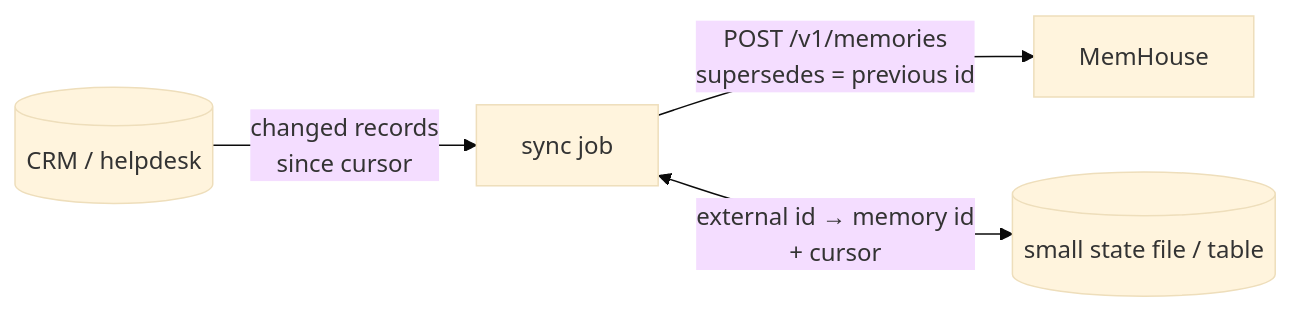
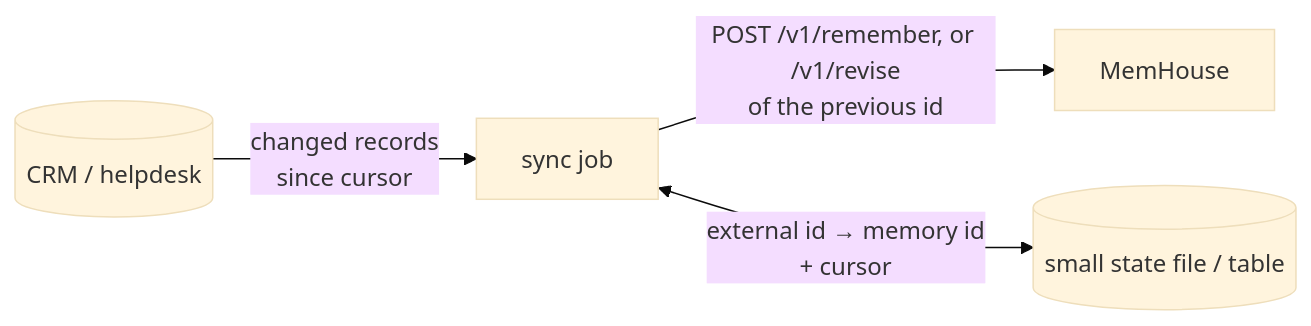
One commit to memhousehq/memhouse changed the third of 4 diagrams in docs/development.md. Above: the diagram before and after it, drawn with Mermaid (base theme). The commit also changed other lines of this file and 33 other files, not shown here.

````diff
--- a/docs/development.md
+++ b/docs/development.md
@@ -314,6 +314,6 @@
 ```mermaid
 flowchart LR
     CRM[(CRM / helpdesk)] -->|"changed records<br/>since cursor"| J[sync job]
-    J -->|"POST /v1/memories<br/>supersedes = previous id"| MH[MemHouse]
+    J -->|"POST /v1/remember, or /v1/revise<br/>of the previous id"| MH[MemHouse]
     J <-->|"external id → memory id<br/>+ cursor"| KV[(small state file / table)]
 ```
````
